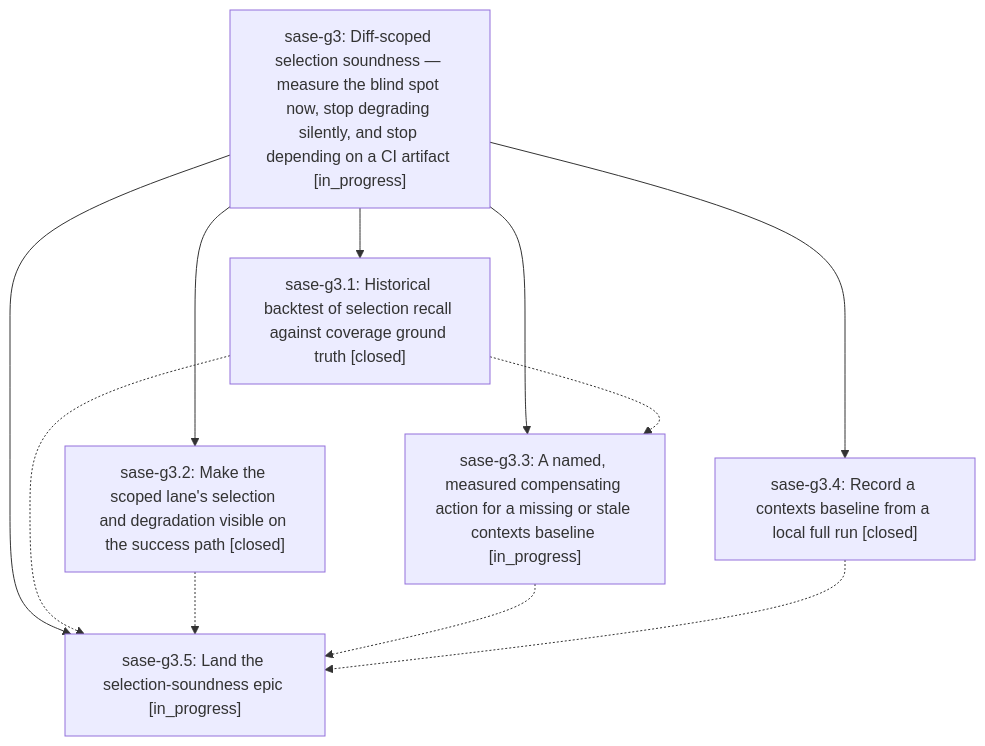
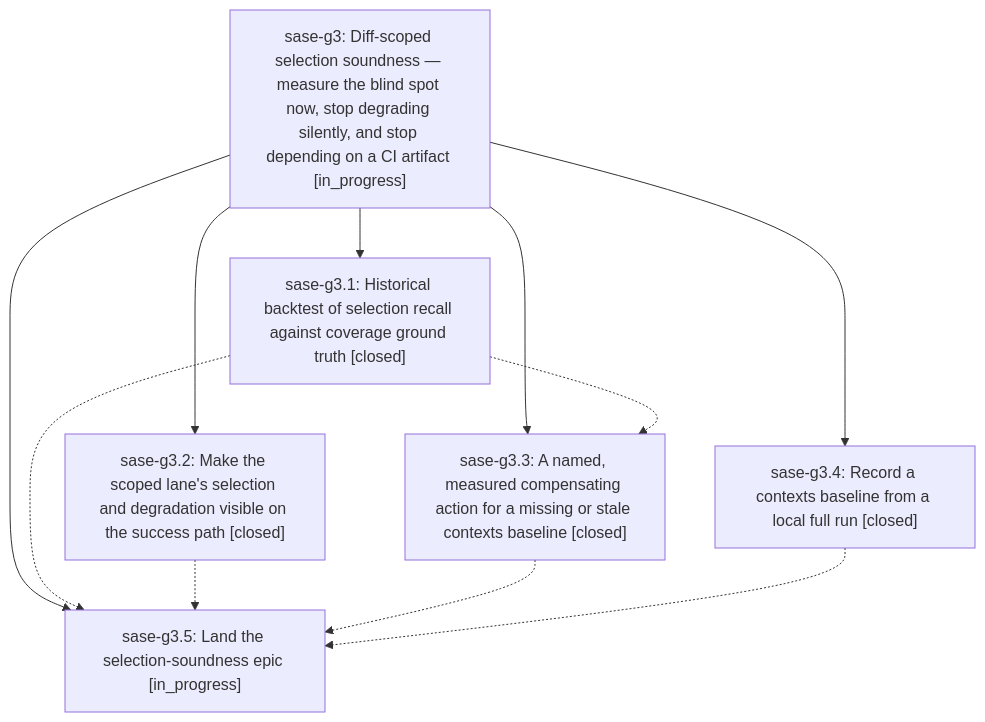
The diagram in pages/sase-g3/README.md (sase-org/sase--beads), drawn with Mermaid before and after one commit. The commit also changed other lines of this file and 3 other files, not shown here.

````diff
--- a/pages/sase-g3/README.md
+++ b/pages/sase-g3/README.md
@@ -26,19 +26,19 @@
 ```mermaid
 flowchart TD
     n0["sase-g3: Diff-scoped selection soundness — measure the blind spot now, stop degrading silently, and stop depending on a CI artifact [in_progress]"]
     n1["sase-g3.1: Historical backtest of selection recall against coverage ground truth [closed]"]
     n2["sase-g3.2: Make the scoped lane's selection and degradation visible on the success path [closed]"]
-    n3["sase-g3.3: A named, measured compensating action for a missing or stale contexts baseline [in_progress]"]
+    n3["sase-g3.3: A named, measured compensating action for a missing or stale contexts baseline [closed]"]
     n4["sase-g3.4: Record a contexts baseline from a local full run [closed]"]
     n5["sase-g3.5: Land the selection-soundness epic [in_progress]"]
     n0 --> n1
     n0 --> n2
     n0 --> n3
     n0 --> n4
     n0 --> n5
     n1 -.-> n3
     n1 -.-> n5
     n2 -.-> n5
     n3 -.-> n5
     n4 -.-> n5
 ```
````
